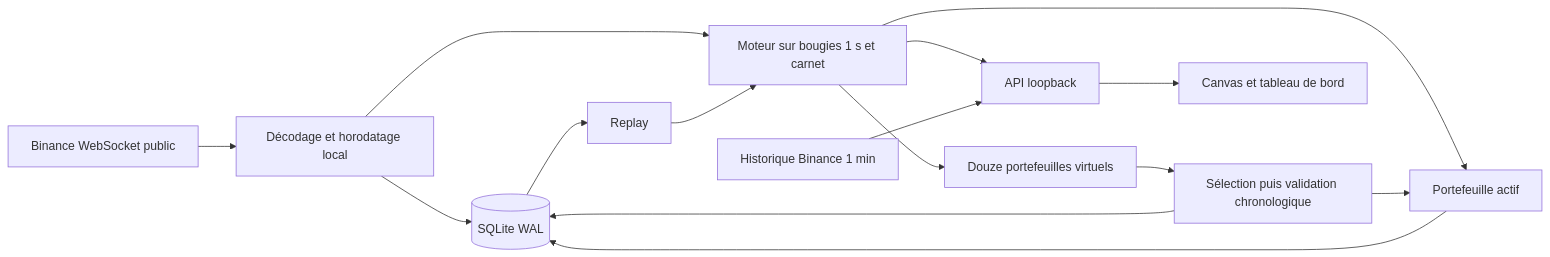
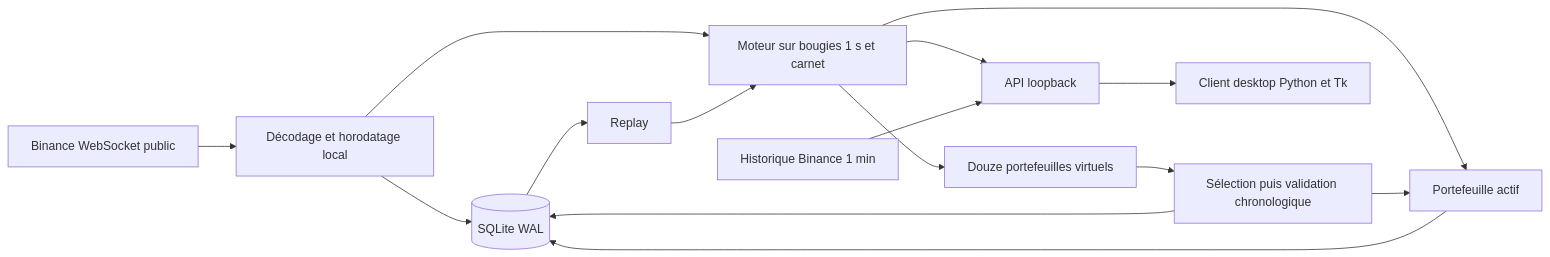
One commit to bahira/visualtrader changed the diagram in docs/ARCHITECTURE.md. Above: the diagram before and after it, drawn with Mermaid. The commit also changed other lines of this file and 7 other files, not shown here.

Commit message:
Replace browser dashboard with native desktop client

````diff
--- a/docs/ARCHITECTURE.md
+++ b/docs/ARCHITECTURE.md
@@ -3,17 +3,17 @@
 ```mermaid
 flowchart LR
     WS[Binance WebSocket public] --> In[Décodage et horodatage local]
     In --> DB[(SQLite WAL)]
     In --> E[Moteur sur bougies 1 s et carnet]
     E --> A[Portefeuille actif]
     E --> S[Douze portefeuilles virtuels]
     S --> O[Sélection puis validation chronologique]
     O --> A
     O --> DB
     A --> DB
     DB --> R[Replay]
     R --> E
     E --> HTTP[API loopback]
     H[Historique Binance 1 min] --> HTTP
-    HTTP --> UI[Canvas et tableau de bord]
+    HTTP --> UI[Client desktop Python et Tk]
 ```
````
